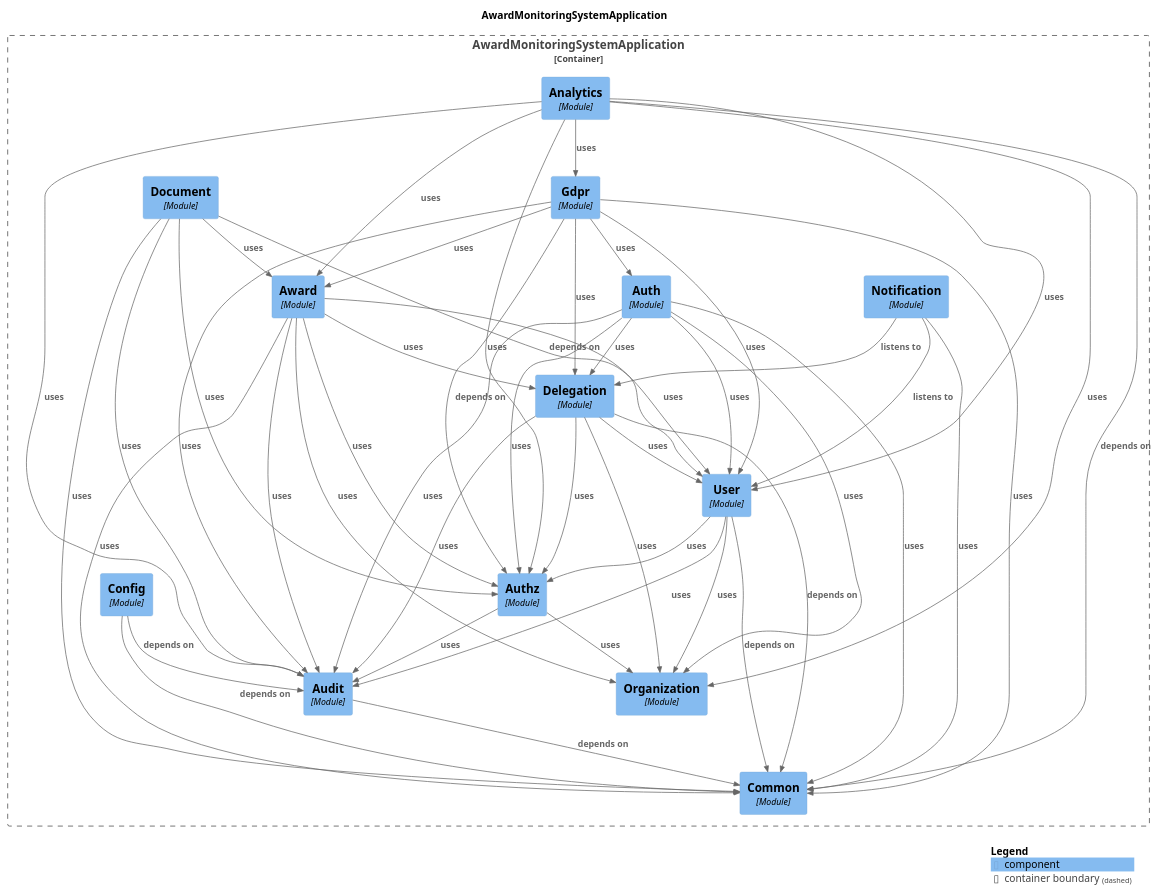
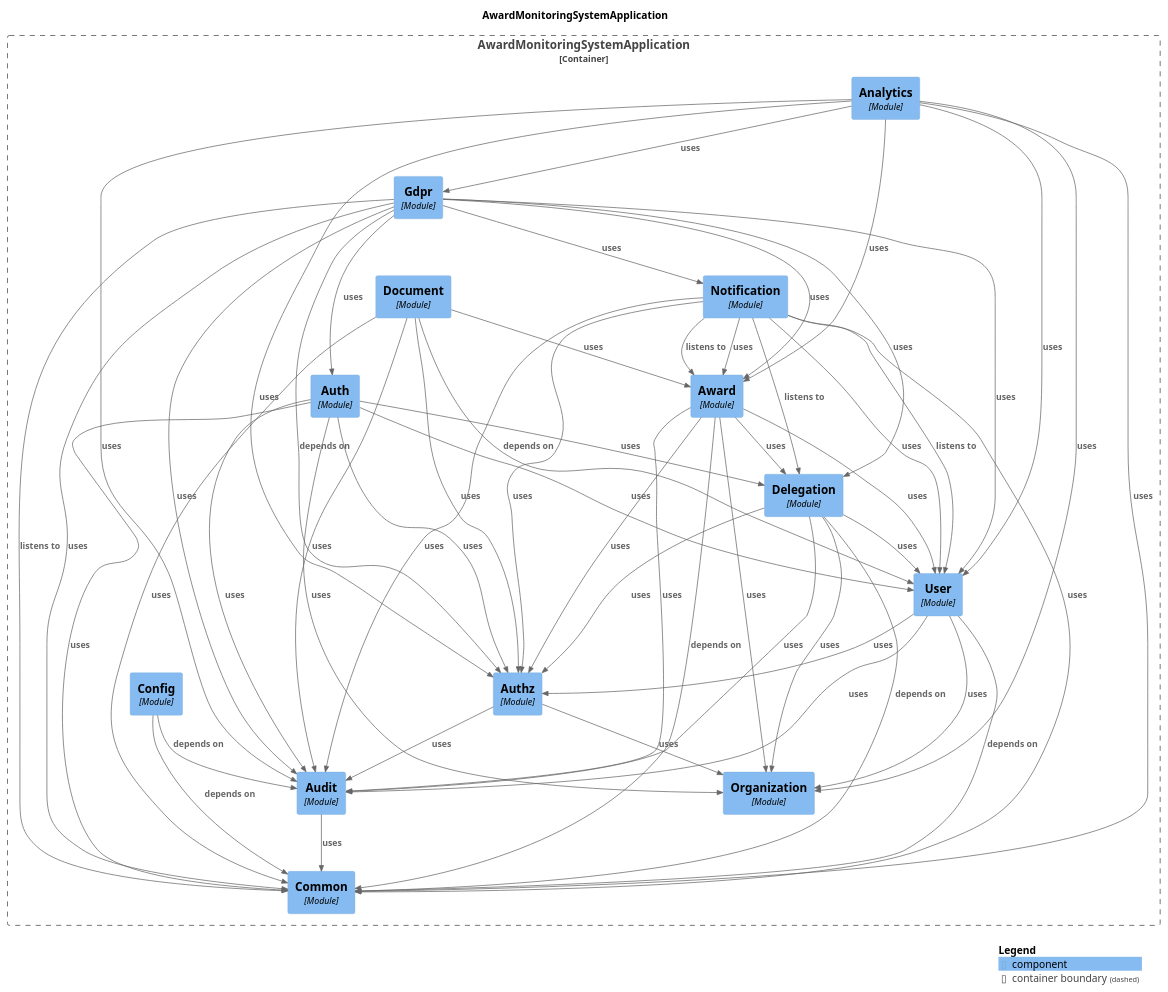
The diagram in docs/architecture/diagrams/modules/components.puml (StKostyk/award-monitoring-system), drawn with PlantUML before and after one commit. The commit also changed 30 other files, not shown here.

```diff
--- a/docs/architecture/diagrams/modules/components.puml
+++ b/docs/architecture/diagrams/modules/components.puml
@@ -10,12 +10,12 @@
 
 Container_Boundary("AwardMonitoringSystemApplication.AwardMonitoringSystemApplication_boundary", "AwardMonitoringSystemApplication", $tags="") {
   Component(AwardMonitoringSystemApplication.AwardMonitoringSystemApplication.Delegation, "Delegation", $techn="Module", $descr="", $tags="", $link="")
-  Component(AwardMonitoringSystemApplication.AwardMonitoringSystemApplication.Analytics, "Analytics", $techn="Module", $descr="", $tags="", $link="")
   Component(AwardMonitoringSystemApplication.AwardMonitoringSystemApplication.Auth, "Auth", $techn="Module", $descr="", $tags="", $link="")
   Component(AwardMonitoringSystemApplication.AwardMonitoringSystemApplication.Award, "Award", $techn="Module", $descr="", $tags="", $link="")
+  Component(AwardMonitoringSystemApplication.AwardMonitoringSystemApplication.Document, "Document", $techn="Module", $descr="", $tags="", $link="")
   Component(AwardMonitoringSystemApplication.AwardMonitoringSystemApplication.Notification, "Notification", $techn="Module", $descr="", $tags="", $link="")
-  Component(AwardMonitoringSystemApplication.AwardMonitoringSystemApplication.Document, "Document", $techn="Module", $descr="", $tags="", $link="")
   Component(AwardMonitoringSystemApplication.AwardMonitoringSystemApplication.Gdpr, "Gdpr", $techn="Module", $descr="", $tags="", $link="")
+  Component(AwardMonitoringSystemApplication.AwardMonitoringSystemApplication.Analytics, "Analytics", $techn="Module", $descr="", $tags="", $link="")
   Component(AwardMonitoringSystemApplication.AwardMonitoringSystemApplication.Common, "Common", $techn="Module", $descr="", $tags="", $link="")
   Component(AwardMonitoringSystemApplication.AwardMonitoringSystemApplication.Organization, "Organization", $techn="Module", $descr="", $tags="", $link="")
   Component(AwardMonitoringSystemApplication.AwardMonitoringSystemApplication.Audit, "Audit", $techn="Module", $descr="", $tags="", $link="")
@@ -24,54 +24,61 @@
   Component(AwardMonitoringSystemApplication.AwardMonitoringSystemApplication.User, "User", $techn="Module", $descr="", $tags="", $link="")
 }
 
-Rel(AwardMonitoringSystemApplication.AwardMonitoringSystemApplication.User, AwardMonitoringSystemApplication.AwardMonitoringSystemApplication.Common, "depends on", $techn="", $tags="", $link="")
+Rel(AwardMonitoringSystemApplication.AwardMonitoringSystemApplication.User, AwardMonitoringSystemApplication.AwardMonitoringSystemApplication.Authz, "uses", $techn="", $tags="", $link="")
 Rel(AwardMonitoringSystemApplication.AwardMonitoringSystemApplication.User, AwardMonitoringSystemApplication.AwardMonitoringSystemApplication.Organization, "uses", $techn="", $tags="", $link="")
-Rel(AwardMonitoringSystemApplication.AwardMonitoringSystemApplication.User, AwardMonitoringSystemApplication.AwardMonitoringSystemApplication.Authz, "uses", $techn="", $tags="", $link="")
 Rel(AwardMonitoringSystemApplication.AwardMonitoringSystemApplication.User, AwardMonitoringSystemApplication.AwardMonitoringSystemApplication.Audit, "uses", $techn="", $tags="", $link="")
-Rel(AwardMonitoringSystemApplication.AwardMonitoringSystemApplication.Config, AwardMonitoringSystemApplication.AwardMonitoringSystemApplication.Common, "depends on", $techn="", $tags="", $link="")
-Rel(AwardMonitoringSystemApplication.AwardMonitoringSystemApplication.Config, AwardMonitoringSystemApplication.AwardMonitoringSystemApplication.Audit, "depends on", $techn="", $tags="", $link="")
+Rel(AwardMonitoringSystemApplication.AwardMonitoringSystemApplication.Notification, AwardMonitoringSystemApplication.AwardMonitoringSystemApplication.Delegation, "listens to", $techn="", $tags="", $link="")
+Rel(AwardMonitoringSystemApplication.AwardMonitoringSystemApplication.Notification, AwardMonitoringSystemApplication.AwardMonitoringSystemApplication.User, "listens to", $techn="", $tags="", $link="")
+Rel(AwardMonitoringSystemApplication.AwardMonitoringSystemApplication.Notification, AwardMonitoringSystemApplication.AwardMonitoringSystemApplication.Award, "listens to", $techn="", $tags="", $link="")
+Rel(AwardMonitoringSystemApplication.AwardMonitoringSystemApplication.Notification, AwardMonitoringSystemApplication.AwardMonitoringSystemApplication.Award, "uses", $techn="", $tags="", $link="")
+Rel(AwardMonitoringSystemApplication.AwardMonitoringSystemApplication.Notification, AwardMonitoringSystemApplication.AwardMonitoringSystemApplication.Authz, "uses", $techn="", $tags="", $link="")
+Rel(AwardMonitoringSystemApplication.AwardMonitoringSystemApplication.Notification, AwardMonitoringSystemApplication.AwardMonitoringSystemApplication.Common, "uses", $techn="", $tags="", $link="")
+Rel(AwardMonitoringSystemApplication.AwardMonitoringSystemApplication.Notification, AwardMonitoringSystemApplication.AwardMonitoringSystemApplication.User, "uses", $techn="", $tags="", $link="")
+Rel(AwardMonitoringSystemApplication.AwardMonitoringSystemApplication.Notification, AwardMonitoringSystemApplication.AwardMonitoringSystemApplication.Audit, "uses", $techn="", $tags="", $link="")
+Rel(AwardMonitoringSystemApplication.AwardMonitoringSystemApplication.Analytics, AwardMonitoringSystemApplication.AwardMonitoringSystemApplication.Audit, "uses", $techn="", $tags="", $link="")
+Rel(AwardMonitoringSystemApplication.AwardMonitoringSystemApplication.Analytics, AwardMonitoringSystemApplication.AwardMonitoringSystemApplication.User, "uses", $techn="", $tags="", $link="")
+Rel(AwardMonitoringSystemApplication.AwardMonitoringSystemApplication.Analytics, AwardMonitoringSystemApplication.AwardMonitoringSystemApplication.Award, "uses", $techn="", $tags="", $link="")
+Rel(AwardMonitoringSystemApplication.AwardMonitoringSystemApplication.Analytics, AwardMonitoringSystemApplication.AwardMonitoringSystemApplication.Gdpr, "uses", $techn="", $tags="", $link="")
+Rel(AwardMonitoringSystemApplication.AwardMonitoringSystemApplication.Analytics, AwardMonitoringSystemApplication.AwardMonitoringSystemApplication.Organization, "uses", $techn="", $tags="", $link="")
+Rel(AwardMonitoringSystemApplication.AwardMonitoringSystemApplication.Analytics, AwardMonitoringSystemApplication.AwardMonitoringSystemApplication.Authz, "uses", $techn="", $tags="", $link="")
+Rel(AwardMonitoringSystemApplication.AwardMonitoringSystemApplication.Analytics, AwardMonitoringSystemApplication.AwardMonitoringSystemApplication.Common, "uses", $techn="", $tags="", $link="")
+Rel(AwardMonitoringSystemApplication.AwardMonitoringSystemApplication.Authz, AwardMonitoringSystemApplication.AwardMonitoringSystemApplication.Audit, "uses", $techn="", $tags="", $link="")
+Rel(AwardMonitoringSystemApplication.AwardMonitoringSystemApplication.Authz, AwardMonitoringSystemApplication.AwardMonitoringSystemApplication.Organization, "uses", $techn="", $tags="", $link="")
+Rel(AwardMonitoringSystemApplication.AwardMonitoringSystemApplication.Audit, AwardMonitoringSystemApplication.AwardMonitoringSystemApplication.Common, "uses", $techn="", $tags="", $link="")
 Rel(AwardMonitoringSystemApplication.AwardMonitoringSystemApplication.Delegation, AwardMonitoringSystemApplication.AwardMonitoringSystemApplication.Common, "depends on", $techn="", $tags="", $link="")
 Rel(AwardMonitoringSystemApplication.AwardMonitoringSystemApplication.Delegation, AwardMonitoringSystemApplication.AwardMonitoringSystemApplication.Audit, "uses", $techn="", $tags="", $link="")
 Rel(AwardMonitoringSystemApplication.AwardMonitoringSystemApplication.Delegation, AwardMonitoringSystemApplication.AwardMonitoringSystemApplication.User, "uses", $techn="", $tags="", $link="")
 Rel(AwardMonitoringSystemApplication.AwardMonitoringSystemApplication.Delegation, AwardMonitoringSystemApplication.AwardMonitoringSystemApplication.Organization, "uses", $techn="", $tags="", $link="")
 Rel(AwardMonitoringSystemApplication.AwardMonitoringSystemApplication.Delegation, AwardMonitoringSystemApplication.AwardMonitoringSystemApplication.Authz, "uses", $techn="", $tags="", $link="")
-Rel(AwardMonitoringSystemApplication.AwardMonitoringSystemApplication.Analytics, AwardMonitoringSystemApplication.AwardMonitoringSystemApplication.Common, "depends on", $techn="", $tags="", $link="")
-Rel(AwardMonitoringSystemApplication.AwardMonitoringSystemApplication.Analytics, AwardMonitoringSystemApplication.AwardMonitoringSystemApplication.Award, "uses", $techn="", $tags="", $link="")
-Rel(AwardMonitoringSystemApplication.AwardMonitoringSystemApplication.Analytics, AwardMonitoringSystemApplication.AwardMonitoringSystemApplication.Organization, "uses", $techn="", $tags="", $link="")
-Rel(AwardMonitoringSystemApplication.AwardMonitoringSystemApplication.Analytics, AwardMonitoringSystemApplication.AwardMonitoringSystemApplication.User, "uses", $techn="", $tags="", $link="")
-Rel(AwardMonitoringSystemApplication.AwardMonitoringSystemApplication.Analytics, AwardMonitoringSystemApplication.AwardMonitoringSystemApplication.Gdpr, "uses", $techn="", $tags="", $link="")
-Rel(AwardMonitoringSystemApplication.AwardMonitoringSystemApplication.Analytics, AwardMonitoringSystemApplication.AwardMonitoringSystemApplication.Authz, "uses", $techn="", $tags="", $link="")
-Rel(AwardMonitoringSystemApplication.AwardMonitoringSystemApplication.Analytics, AwardMonitoringSystemApplication.AwardMonitoringSystemApplication.Audit, "uses", $techn="", $tags="", $link="")
+Rel(AwardMonitoringSystemApplication.AwardMonitoringSystemApplication.Document, AwardMonitoringSystemApplication.AwardMonitoringSystemApplication.User, "depends on", $techn="", $tags="", $link="")
+Rel(AwardMonitoringSystemApplication.AwardMonitoringSystemApplication.Document, AwardMonitoringSystemApplication.AwardMonitoringSystemApplication.Award, "uses", $techn="", $tags="", $link="")
+Rel(AwardMonitoringSystemApplication.AwardMonitoringSystemApplication.Document, AwardMonitoringSystemApplication.AwardMonitoringSystemApplication.Audit, "uses", $techn="", $tags="", $link="")
+Rel(AwardMonitoringSystemApplication.AwardMonitoringSystemApplication.Document, AwardMonitoringSystemApplication.AwardMonitoringSystemApplication.Authz, "uses", $techn="", $tags="", $link="")
+Rel(AwardMonitoringSystemApplication.AwardMonitoringSystemApplication.Document, AwardMonitoringSystemApplication.AwardMonitoringSystemApplication.Common, "uses", $techn="", $tags="", $link="")
+Rel(AwardMonitoringSystemApplication.AwardMonitoringSystemApplication.Award, AwardMonitoringSystemApplication.AwardMonitoringSystemApplication.Common, "depends on", $techn="", $tags="", $link="")
+Rel(AwardMonitoringSystemApplication.AwardMonitoringSystemApplication.Award, AwardMonitoringSystemApplication.AwardMonitoringSystemApplication.Audit, "uses", $techn="", $tags="", $link="")
+Rel(AwardMonitoringSystemApplication.AwardMonitoringSystemApplication.Award, AwardMonitoringSystemApplication.AwardMonitoringSystemApplication.User, "uses", $techn="", $tags="", $link="")
+Rel(AwardMonitoringSystemApplication.AwardMonitoringSystemApplication.Award, AwardMonitoringSystemApplication.AwardMonitoringSystemApplication.Organization, "uses", $techn="", $tags="", $link="")
+Rel(AwardMonitoringSystemApplication.AwardMonitoringSystemApplication.Award, AwardMonitoringSystemApplication.AwardMonitoringSystemApplication.Authz, "uses", $techn="", $tags="", $link="")
+Rel(AwardMonitoringSystemApplication.AwardMonitoringSystemApplication.Award, AwardMonitoringSystemApplication.AwardMonitoringSystemApplication.Delegation, "uses", $techn="", $tags="", $link="")
+Rel(AwardMonitoringSystemApplication.AwardMonitoringSystemApplication.Gdpr, AwardMonitoringSystemApplication.AwardMonitoringSystemApplication.Common, "listens to", $techn="", $tags="", $link="")
 Rel(AwardMonitoringSystemApplication.AwardMonitoringSystemApplication.Gdpr, AwardMonitoringSystemApplication.AwardMonitoringSystemApplication.Authz, "depends on", $techn="", $tags="", $link="")
-Rel(AwardMonitoringSystemApplication.AwardMonitoringSystemApplication.Gdpr, AwardMonitoringSystemApplication.AwardMonitoringSystemApplication.User, "uses", $techn="", $tags="", $link="")
 Rel(AwardMonitoringSystemApplication.AwardMonitoringSystemApplication.Gdpr, AwardMonitoringSystemApplication.AwardMonitoringSystemApplication.Common, "uses", $techn="", $tags="", $link="")
 Rel(AwardMonitoringSystemApplication.AwardMonitoringSystemApplication.Gdpr, AwardMonitoringSystemApplication.AwardMonitoringSystemApplication.Audit, "uses", $techn="", $tags="", $link="")
+Rel(AwardMonitoringSystemApplication.AwardMonitoringSystemApplication.Gdpr, AwardMonitoringSystemApplication.AwardMonitoringSystemApplication.User, "uses", $techn="", $tags="", $link="")
 Rel(AwardMonitoringSystemApplication.AwardMonitoringSystemApplication.Gdpr, AwardMonitoringSystemApplication.AwardMonitoringSystemApplication.Auth, "uses", $techn="", $tags="", $link="")
 Rel(AwardMonitoringSystemApplication.AwardMonitoringSystemApplication.Gdpr, AwardMonitoringSystemApplication.AwardMonitoringSystemApplication.Delegation, "uses", $techn="", $tags="", $link="")
 Rel(AwardMonitoringSystemApplication.AwardMonitoringSystemApplication.Gdpr, AwardMonitoringSystemApplication.AwardMonitoringSystemApplication.Award, "uses", $techn="", $tags="", $link="")
-Rel(AwardMonitoringSystemApplication.AwardMonitoringSystemApplication.Authz, AwardMonitoringSystemApplication.AwardMonitoringSystemApplication.Audit, "uses", $techn="", $tags="", $link="")
-Rel(AwardMonitoringSystemApplication.AwardMonitoringSystemApplication.Authz, AwardMonitoringSystemApplication.AwardMonitoringSystemApplication.Organization, "uses", $techn="", $tags="", $link="")
+Rel(AwardMonitoringSystemApplication.AwardMonitoringSystemApplication.Gdpr, AwardMonitoringSystemApplication.AwardMonitoringSystemApplication.Notification, "uses", $techn="", $tags="", $link="")
 Rel(AwardMonitoringSystemApplication.AwardMonitoringSystemApplication.Auth, AwardMonitoringSystemApplication.AwardMonitoringSystemApplication.User, "uses", $techn="", $tags="", $link="")
 Rel(AwardMonitoringSystemApplication.AwardMonitoringSystemApplication.Auth, AwardMonitoringSystemApplication.AwardMonitoringSystemApplication.Audit, "uses", $techn="", $tags="", $link="")
 Rel(AwardMonitoringSystemApplication.AwardMonitoringSystemApplication.Auth, AwardMonitoringSystemApplication.AwardMonitoringSystemApplication.Delegation, "uses", $techn="", $tags="", $link="")
 Rel(AwardMonitoringSystemApplication.AwardMonitoringSystemApplication.Auth, AwardMonitoringSystemApplication.AwardMonitoringSystemApplication.Authz, "uses", $techn="", $tags="", $link="")
 Rel(AwardMonitoringSystemApplication.AwardMonitoringSystemApplication.Auth, AwardMonitoringSystemApplication.AwardMonitoringSystemApplication.Common, "uses", $techn="", $tags="", $link="")
 Rel(AwardMonitoringSystemApplication.AwardMonitoringSystemApplication.Auth, AwardMonitoringSystemApplication.AwardMonitoringSystemApplication.Organization, "uses", $techn="", $tags="", $link="")
-Rel(AwardMonitoringSystemApplication.AwardMonitoringSystemApplication.Notification, AwardMonitoringSystemApplication.AwardMonitoringSystemApplication.User, "listens to", $techn="", $tags="", $link="")
-Rel(AwardMonitoringSystemApplication.AwardMonitoringSystemApplication.Notification, AwardMonitoringSystemApplication.AwardMonitoringSystemApplication.Delegation, "listens to", $techn="", $tags="", $link="")
-Rel(AwardMonitoringSystemApplication.AwardMonitoringSystemApplication.Notification, AwardMonitoringSystemApplication.AwardMonitoringSystemApplication.Common, "uses", $techn="", $tags="", $link="")
-Rel(AwardMonitoringSystemApplication.AwardMonitoringSystemApplication.Audit, AwardMonitoringSystemApplication.AwardMonitoringSystemApplication.Common, "depends on", $techn="", $tags="", $link="")
-Rel(AwardMonitoringSystemApplication.AwardMonitoringSystemApplication.Award, AwardMonitoringSystemApplication.AwardMonitoringSystemApplication.Audit, "uses", $techn="", $tags="", $link="")
-Rel(AwardMonitoringSystemApplication.AwardMonitoringSystemApplication.Award, AwardMonitoringSystemApplication.AwardMonitoringSystemApplication.User, "uses", $techn="", $tags="", $link="")
-Rel(AwardMonitoringSystemApplication.AwardMonitoringSystemApplication.Award, AwardMonitoringSystemApplication.AwardMonitoringSystemApplication.Organization, "uses", $techn="", $tags="", $link="")
-Rel(AwardMonitoringSystemApplication.AwardMonitoringSystemApplication.Award, AwardMonitoringSystemApplication.AwardMonitoringSystemApplication.Authz, "uses", $techn="", $tags="", $link="")
-Rel(AwardMonitoringSystemApplication.AwardMonitoringSystemApplication.Award, AwardMonitoringSystemApplication.AwardMonitoringSystemApplication.Common, "uses", $techn="", $tags="", $link="")
-Rel(AwardMonitoringSystemApplication.AwardMonitoringSystemApplication.Award, AwardMonitoringSystemApplication.AwardMonitoringSystemApplication.Delegation, "uses", $techn="", $tags="", $link="")
-Rel(AwardMonitoringSystemApplication.AwardMonitoringSystemApplication.Document, AwardMonitoringSystemApplication.AwardMonitoringSystemApplication.User, "depends on", $techn="", $tags="", $link="")
-Rel(AwardMonitoringSystemApplication.AwardMonitoringSystemApplication.Document, AwardMonitoringSystemApplication.AwardMonitoringSystemApplication.Award, "uses", $techn="", $tags="", $link="")
-Rel(AwardMonitoringSystemApplication.AwardMonitoringSystemApplication.Document, AwardMonitoringSystemApplication.AwardMonitoringSystemApplication.Audit, "uses", $techn="", $tags="", $link="")
-Rel(AwardMonitoringSystemApplication.AwardMonitoringSystemApplication.Document, AwardMonitoringSystemApplication.AwardMonitoringSystemApplication.Authz, "uses", $techn="", $tags="", $link="")
-Rel(AwardMonitoringSystemApplication.AwardMonitoringSystemApplication.Document, AwardMonitoringSystemApplication.AwardMonitoringSystemApplication.Common, "uses", $techn="", $tags="", $link="")
+Rel(AwardMonitoringSystemApplication.AwardMonitoringSystemApplication.Config, AwardMonitoringSystemApplication.AwardMonitoringSystemApplication.Common, "depends on", $techn="", $tags="", $link="")
+Rel(AwardMonitoringSystemApplication.AwardMonitoringSystemApplication.Config, AwardMonitoringSystemApplication.AwardMonitoringSystemApplication.Audit, "depends on", $techn="", $tags="", $link="")
+Rel(AwardMonitoringSystemApplication.AwardMonitoringSystemApplication.User, AwardMonitoringSystemApplication.AwardMonitoringSystemApplication.Common, "depends on", $techn="", $tags="", $link="")
 
 SHOW_LEGEND(true)
 @enduml
```
